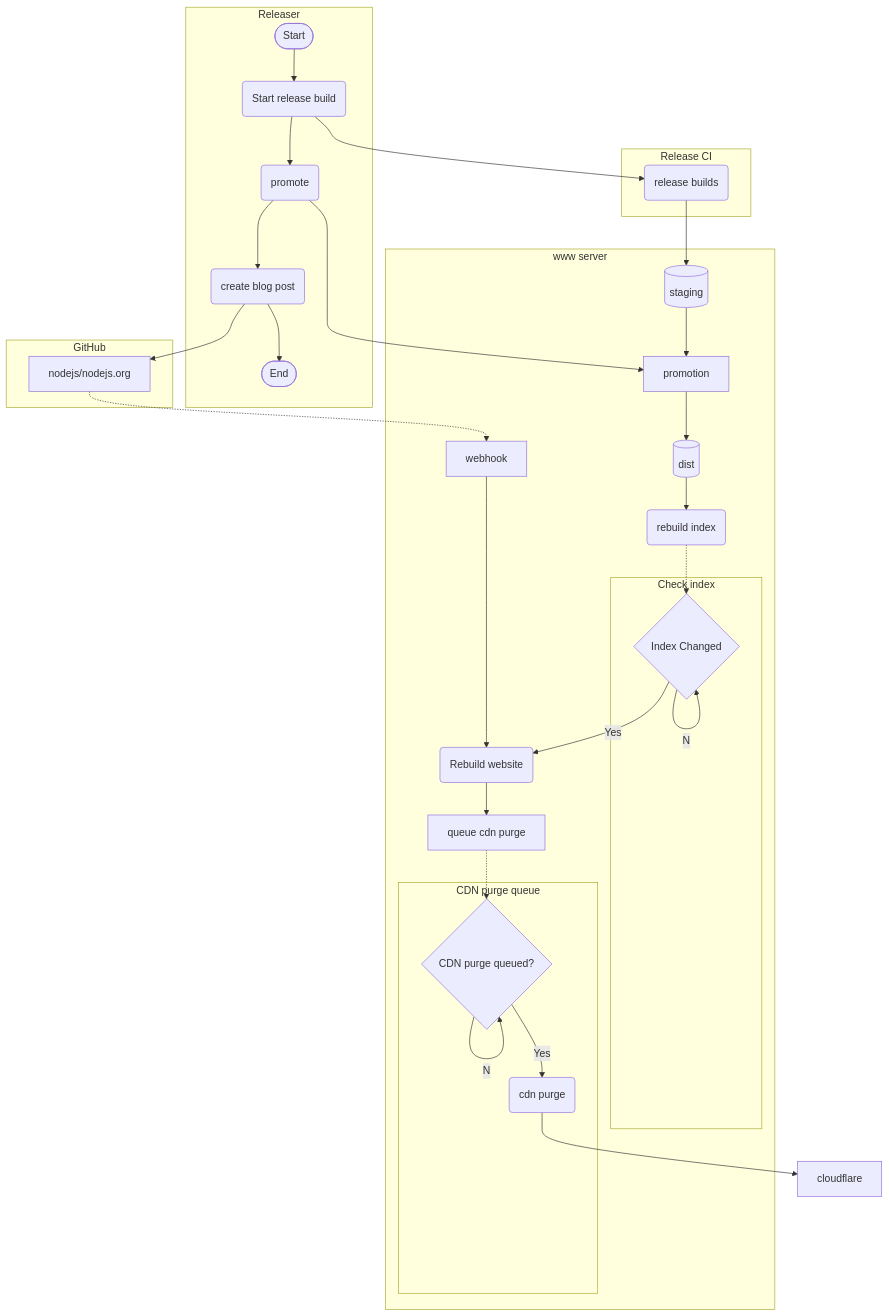
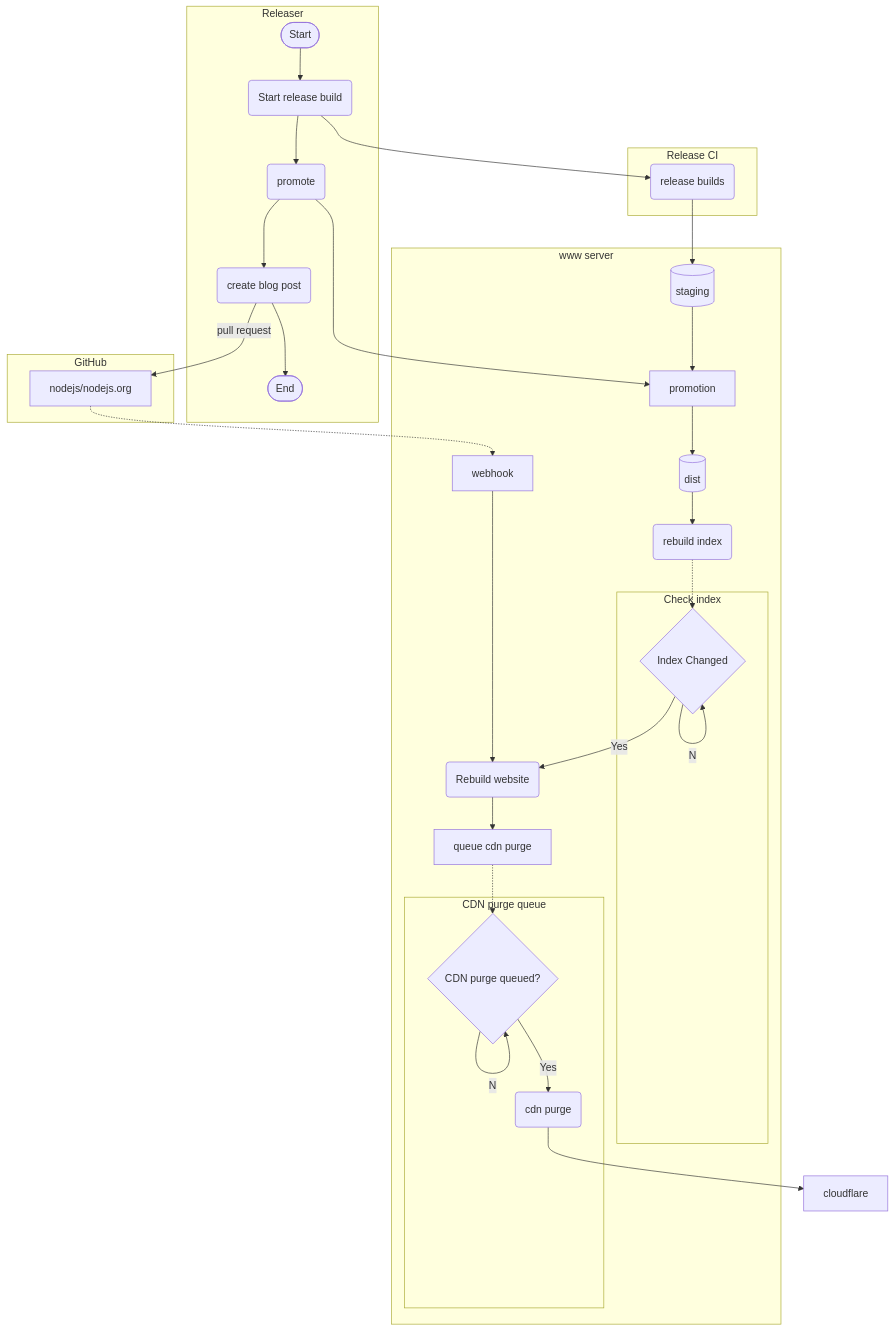
The diagram in README.md (richardlau/nodejs.org-flow), drawn with Mermaid before and after one commit.

Commit message:
Add pull request label

````diff
--- a/README.md
+++ b/README.md
@@ -2,37 +2,37 @@
 ```mermaid
 flowchart TD
     subgraph user[Releaser]
     start([Start])-->A(Start release build)--> promote(promote)-->blog(create blog post)-->F([End])
     end
     subgraph jenkins[Release CI]
     builds
     end
     subgraph github[GitHub]
     gh[nodejs/nodejs.org]
     end
     subgraph www[www server]
       staging[(staging)] --> promotion -->dist[(dist)]
       dist-->rebuildIdx(rebuild index)
       
       subgraph chkIndex[Check index]
       idxChanged{Index Changed}--No-->idxChanged
       end
       
       rebuildIdx-.->idxChanged
       webhook-->rebuild
       idxChanged--Yes-->rebuild(Rebuild website)
       rebuild-->queueCDN[queue cdn purge]-.->purgeQueued
       subgraph cdn[CDN purge queue]
         purgeQueued{CDN purge queued?}
         purgeQueued--No-->purgeQueued
         purgeQueued--Yes-->purge(cdn purge)
       end
     end
     A-->builds(release builds)
     gh-.->webhook
     promote-->promotion
-    blog-->gh
+    blog-->|pull request|gh
     builds-->staging
     purge-->cloudflare
 
 ```
````
